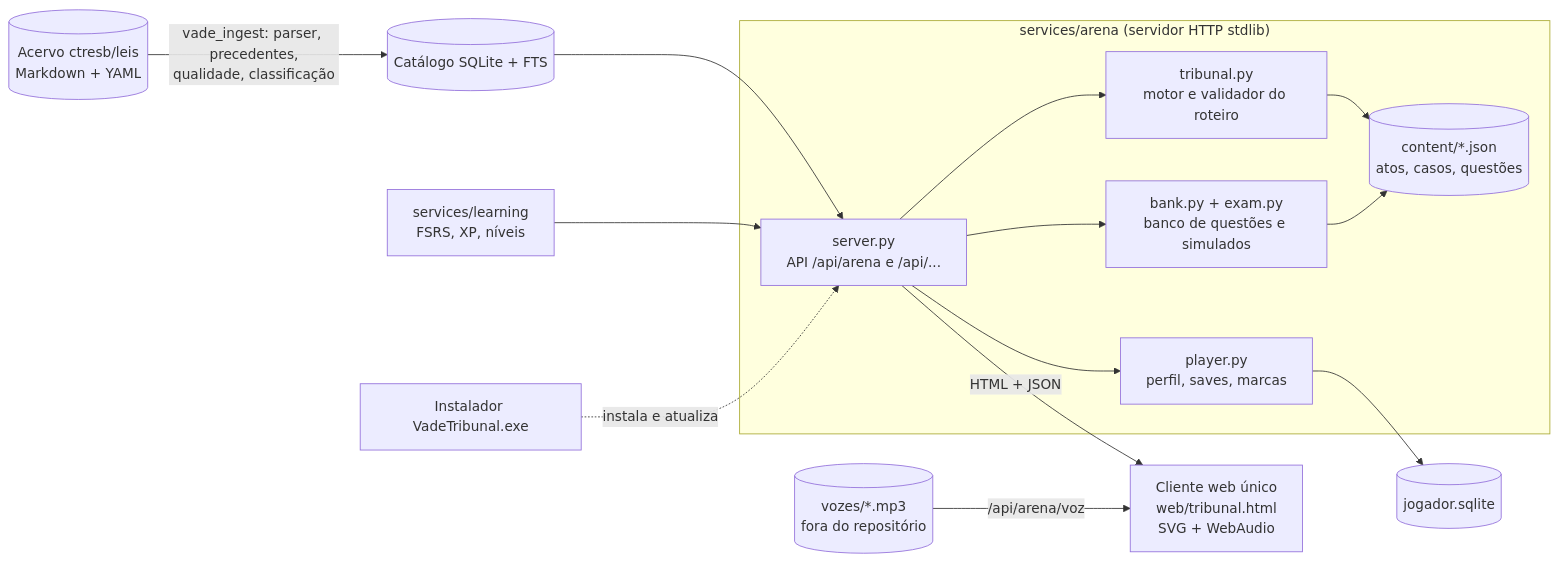
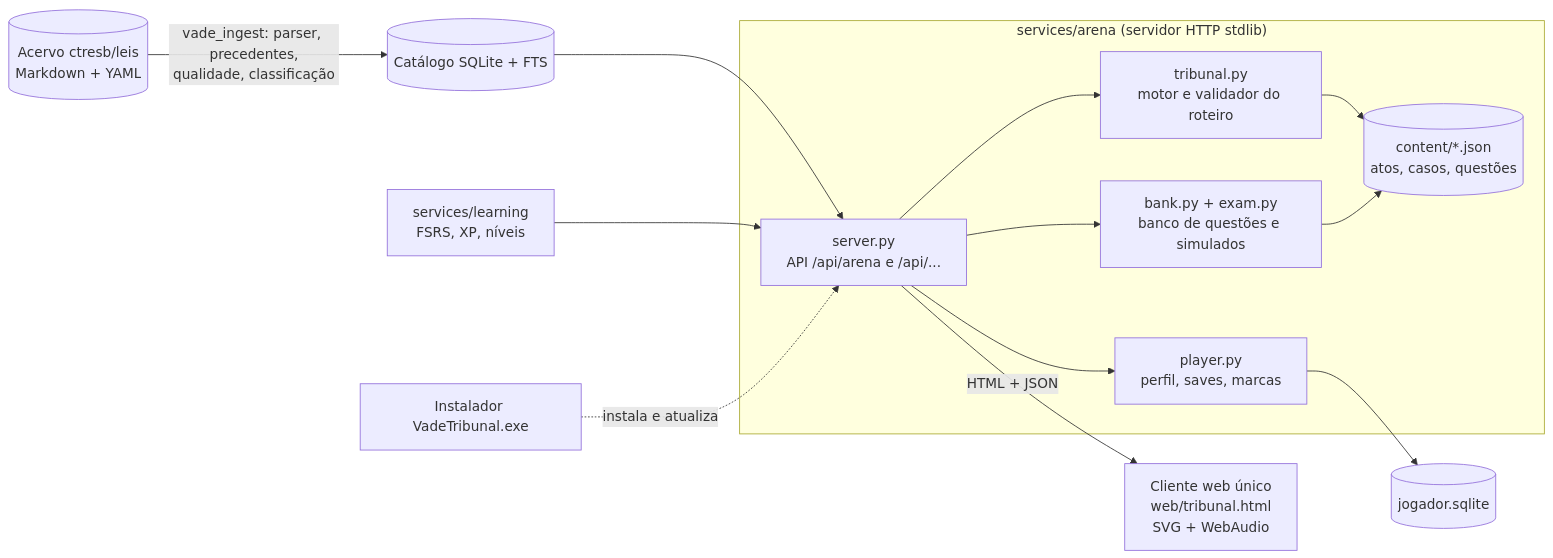
The diagram in docs/ARCHITECTURE.md (M4rkDev0101/Leis-Gameficadas), drawn with Mermaid before and after one commit. The commit also changed other lines of this file and 5 other files, not shown here.

````diff
--- a/docs/ARCHITECTURE.md
+++ b/docs/ARCHITECTURE.md
@@ -8,20 +8,19 @@
 ```mermaid
 flowchart LR
   A[(Acervo ctresb/leis<br/>Markdown + YAML)] -->|vade_ingest: parser, precedentes,<br/>qualidade, classificação| C[(Catálogo SQLite + FTS)]
   C --> S
   subgraph Arena["services/arena (servidor HTTP stdlib)"]
     S[server.py<br/>API /api/arena e /api/...]
     T[tribunal.py<br/>motor e validador do roteiro]
     B[bank.py + exam.py<br/>banco de questões e simulados]
     P[player.py<br/>perfil, saves, marcas]
     J[(content/*.json<br/>atos, casos, questões)]
     S --> T & B & P
     T --> J
     B --> J
   end
   P --> D[(jogador.sqlite)]
   L[services/learning<br/>FSRS, XP, níveis] --> S
   S -->|HTML + JSON| W[Cliente web único<br/>web/tribunal.html<br/>SVG + WebAudio]
-  V[(vozes/*.mp3<br/>fora do repositório)] -->|/api/arena/voz| W
   I[Instalador VadeTribunal.exe] -. instala e atualiza .-> S
 ```
````
